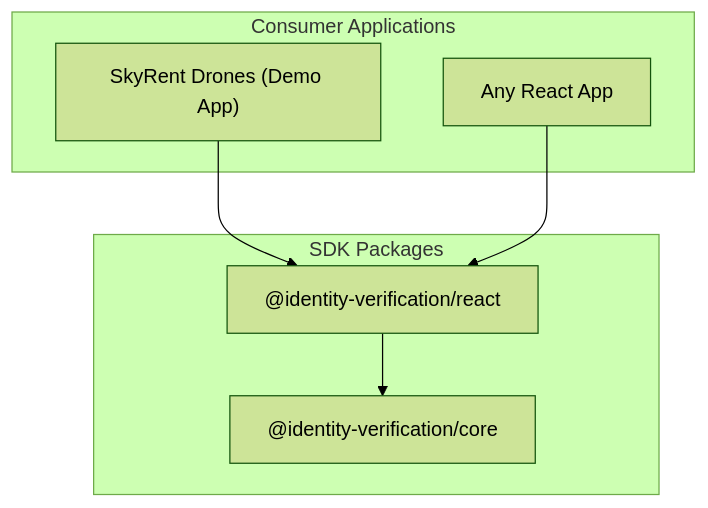
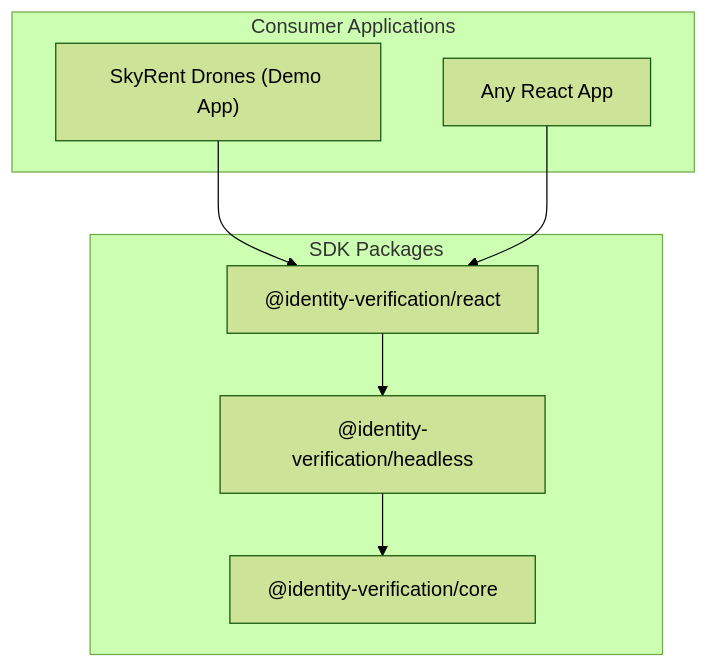
Before and after one commit to mikins82/identity-verification: the diagram in README.md, drawn with Mermaid (forest theme). The commit also changed other lines of this file and 4 other files, not shown here.

First line of the commit message:
Update README files to reflect SDK architecture changes and enhance documentation

````diff
--- a/README.md
+++ b/README.md
@@ -7,16 +7,18 @@
 ```mermaid
 graph TB
   subgraph consumer [Consumer Applications]
     DemoApp["SkyRent Drones (Demo App)"]
     ThirdParty["Any React App"]
   end
 
   subgraph sdk [SDK Packages]
     ReactPkg["@identity-verification/react"]
+    HeadlessPkg["@identity-verification/headless"]
     CorePkg["@identity-verification/core"]
   end
 
   DemoApp --> ReactPkg
   ThirdParty --> ReactPkg
-  ReactPkg --> CorePkg
+  ReactPkg --> HeadlessPkg
+  HeadlessPkg --> CorePkg
 ```
````
